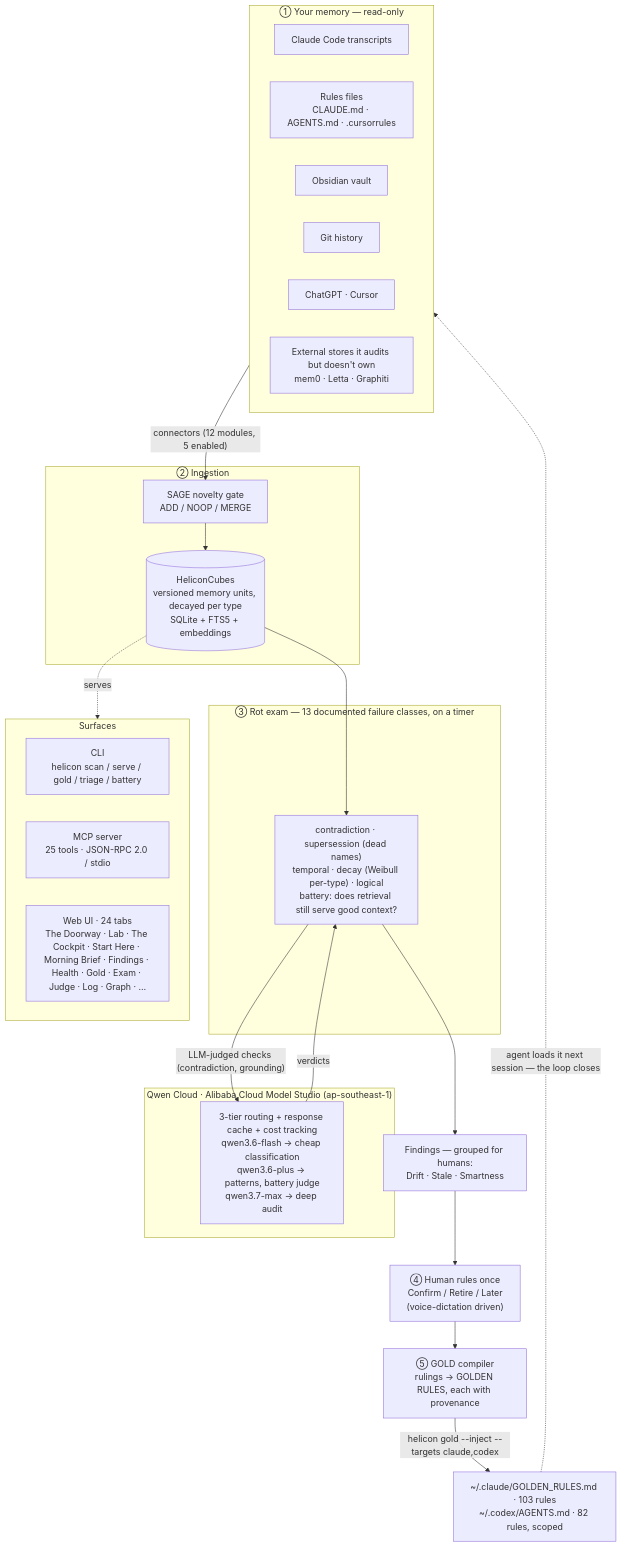
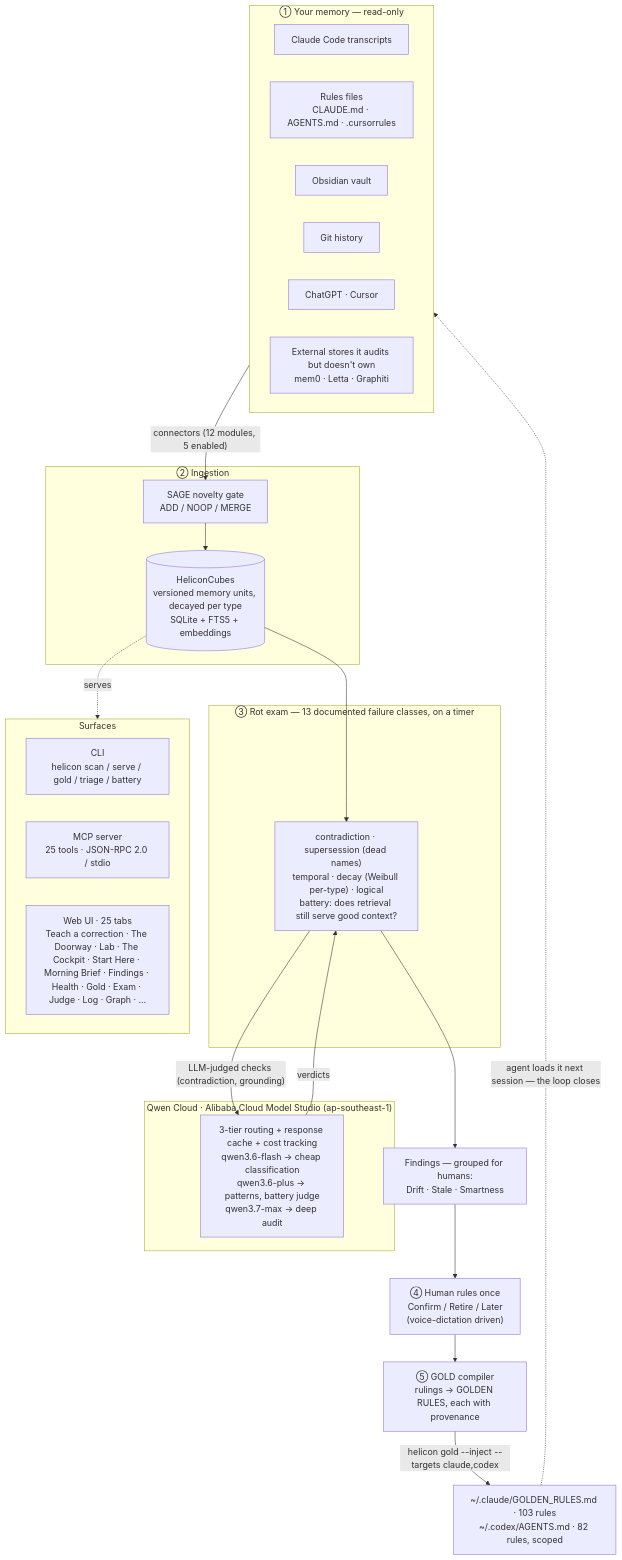
One commit to Morkeeth/mountain-of-helicon changed the first of 2 diagrams in ARCHITECTURE.md. Above: the diagram before and after it, drawn with Mermaid. The commit also changed other lines of this file and 3 other files, not shown here.

````diff
--- a/ARCHITECTURE.md
+++ b/ARCHITECTURE.md
@@ -11,45 +11,45 @@
 ```mermaid
 flowchart TD
   subgraph SRC["① Your memory — read-only"]
     A1["Claude Code transcripts"]
     A2["Rules files<br/>CLAUDE.md · AGENTS.md · .cursorrules"]
     A3["Obsidian vault"]
     A4["Git history"]
     A5["ChatGPT · Cursor"]
     A6["External stores it audits but doesn't own<br/>mem0 · Letta · Graphiti"]
   end
 
   SRC -->|"connectors (12 modules, 5 enabled)"| GATE
 
   subgraph INGEST["② Ingestion"]
     GATE["SAGE novelty gate<br/>ADD / NOOP / MERGE"]
     CUBES[("HeliconCubes<br/>versioned memory units, decayed per type<br/>SQLite + FTS5 + embeddings")]
     GATE --> CUBES
   end
 
   CUBES --> EXAM
 
   subgraph AUDIT["③ Rot exam — 13 documented failure classes, on a timer"]
     EXAM["contradiction · supersession (dead names)<br/>temporal · decay (Weibull per-type) · logical<br/>battery: does retrieval still serve good context?"]
   end
 
   EXAM -->|"LLM-judged checks (contradiction, grounding)"| QWEN
   QWEN -->|verdicts| EXAM
 
   subgraph QWENC["Qwen Cloud · Alibaba Cloud Model Studio (ap-southeast-1)"]
     QWEN["3-tier routing + response cache + cost tracking<br/>qwen3.6-flash → cheap classification<br/>qwen3.6-plus → patterns, battery judge<br/>qwen3.7-max → deep audit"]
   end
 
   EXAM --> FIND["Findings — grouped for humans:<br/>Drift · Stale · Smartness"]
   FIND --> HUMAN["④ Human rules once<br/>Confirm / Retire / Later<br/>(voice-dictation driven)"]
   HUMAN --> GOLD["⑤ GOLD compiler<br/>rulings → GOLDEN RULES, each with provenance"]
   GOLD -->|"helicon gold --inject --targets claude,codex"| INJECT["~/.claude/GOLDEN_RULES.md · 103 rules<br/>~/.codex/AGENTS.md · 82 rules, scoped"]
   INJECT -.->|"agent loads it next session — the loop closes"| SRC
 
   CUBES -.serves.-> SURF
   subgraph SURF["Surfaces"]
     CLI["CLI<br/>helicon scan / serve / gold / triage / battery"]
     MCP["MCP server<br/>25 tools · JSON-RPC 2.0 / stdio"]
-    WEB["Web UI · 24 tabs<br/>The Doorway · Lab · The Cockpit · Start Here · Morning Brief · Findings · Health · Gold · Exam · Judge · Log · Graph · …"]
+    WEB["Web UI · 25 tabs<br/>Teach a correction · The Doorway · Lab · The Cockpit · Start Here · Morning Brief · Findings · Health · Gold · Exam · Judge · Log · Graph · …"]
   end
 ```
````
